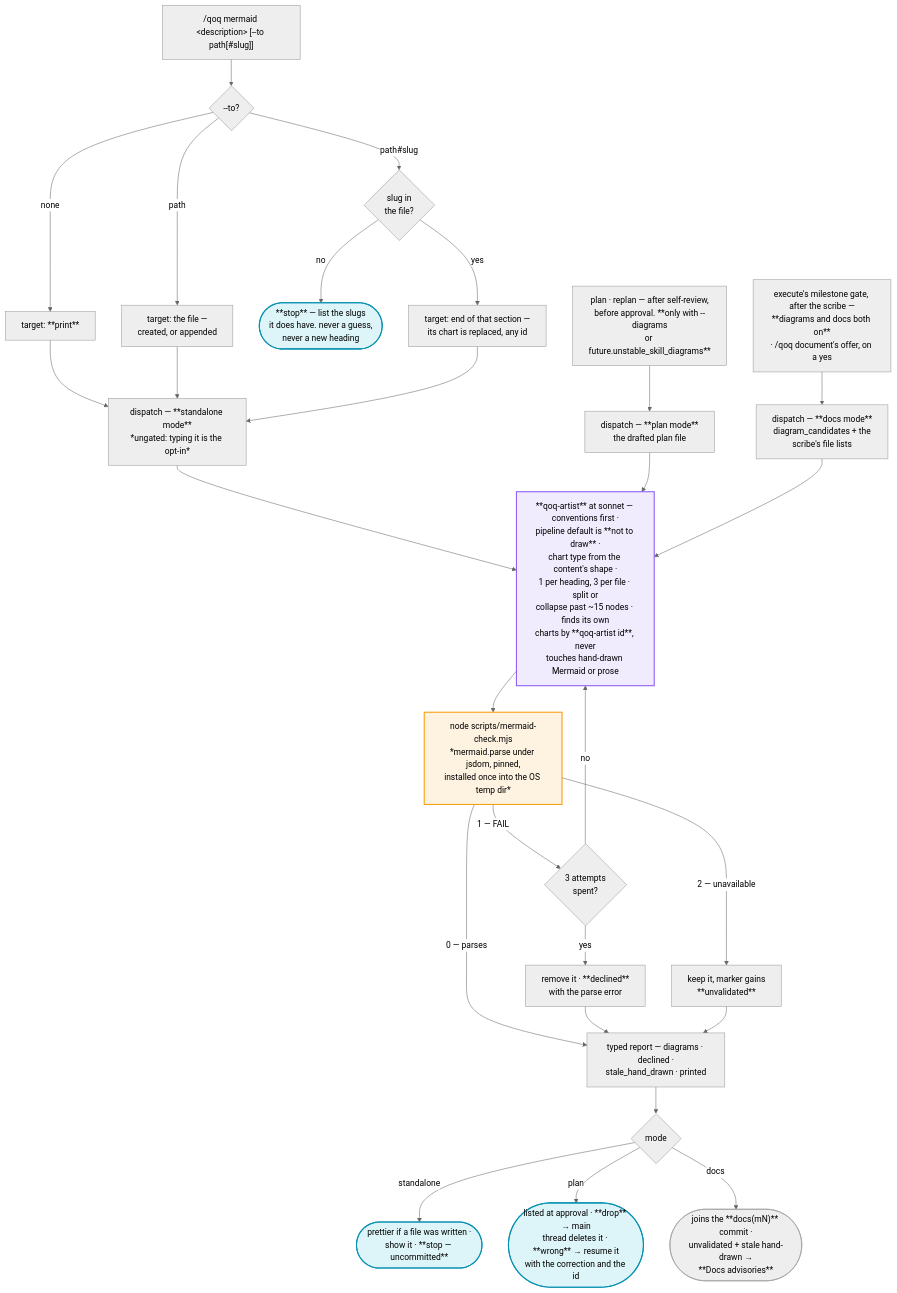
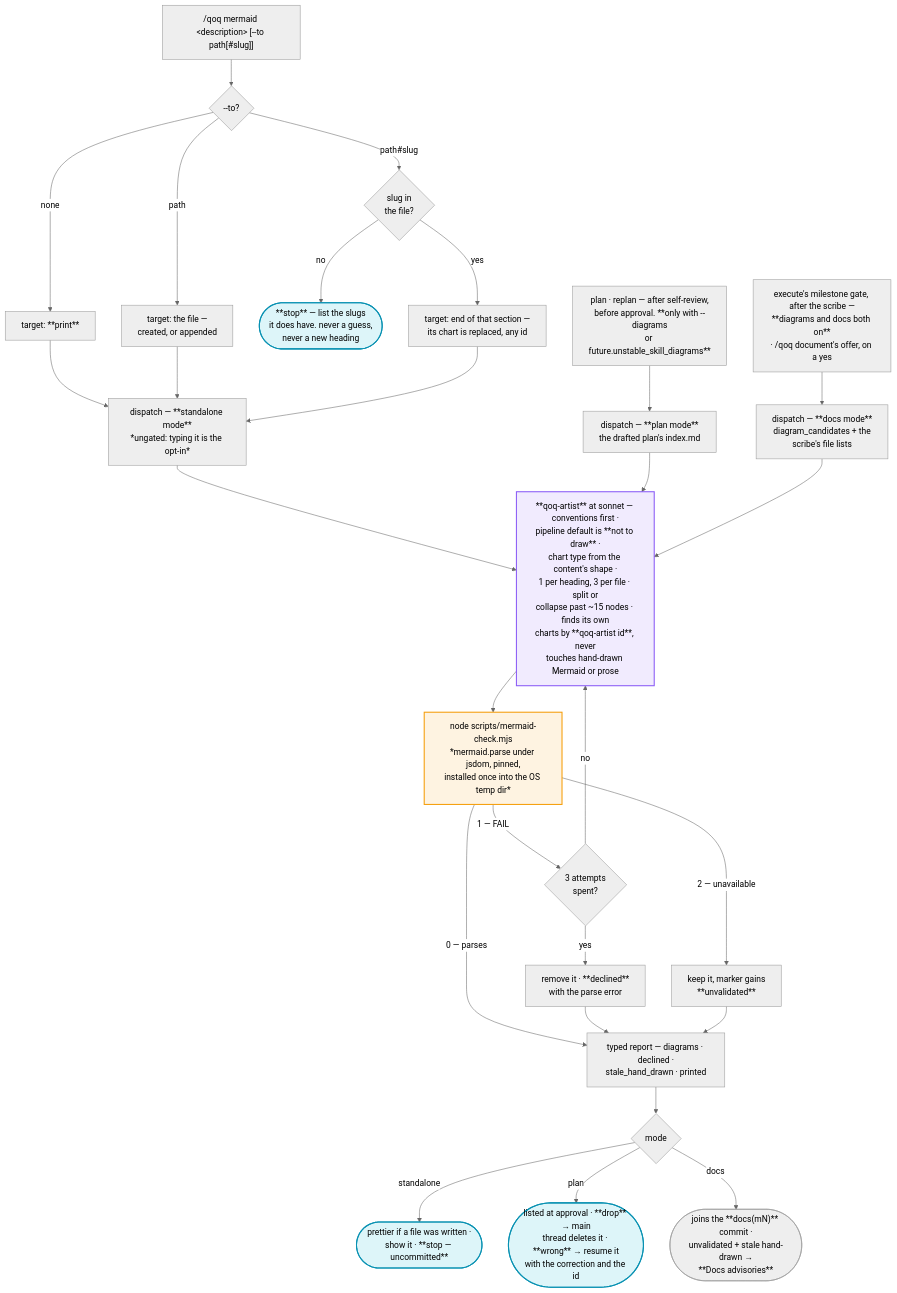
One commit to ladamczyk-it/qoq changed diagram 12 of 14 in docs/qoq-workflows.md. Above: the diagram before and after it, drawn with Mermaid (neutral theme). The commit also changed other lines of this file and 26 other files, not shown here.

````diff
--- a/docs/qoq-workflows.md
+++ b/docs/qoq-workflows.md
@@ -762,42 +764,42 @@
 ```mermaid
 flowchart TD
     MQ["/qoq mermaid &lt;description&gt; [--to path[#slug]]"] --> MTO{"--to?"}
     MTO -->|none| MPRINT["target: **print**"]
     MTO -->|path| MPATH["target: the file —<br/>created, or appended"]
     MTO -->|"path#slug"| MSLUG{"slug in<br/>the file?"}
     MSLUG -->|no| MSTOP(["**stop** — list the slugs<br/>it does have. never a guess,<br/>never a new heading"])
     MSLUG -->|yes| MSEC["target: end of that section —<br/>its chart is replaced, any id"]
     MPRINT --> MDISP
     MPATH --> MDISP
     MSEC --> MDISP["dispatch — **standalone mode**<br/>*ungated: typing it is the opt-in*"]
 
-    MPLAN["plan · replan — after self-review,<br/>before approval. **only with --diagrams<br/>or future.unstable_skill_diagrams**"] --> MPD["dispatch — **plan mode**<br/>the drafted plan file"]
+    MPLAN["plan · replan — after self-review,<br/>before approval. **only with --diagrams<br/>or future.unstable_skill_diagrams**"] --> MPD["dispatch — **plan mode**<br/>the drafted plan's index.md"]
     MEXEC["execute's milestone gate, after the scribe —<br/>**diagrams and docs both on**<br/>· /qoq document's offer, on a yes"] --> MDD["dispatch — **docs mode**<br/>diagram_candidates + the<br/>scribe's file lists"]
 
     MDISP --> MART
     MPD --> MART
     MDD --> MART
 
     MART["**qoq-artist** at sonnet — conventions first ·<br/>pipeline default is **not to draw** ·<br/>chart type from the content's shape ·<br/>1 per heading, 3 per file · split or<br/>collapse past ~15 nodes · finds its own<br/>charts by **qoq-artist id**, never<br/>touches hand-drawn Mermaid or prose"]
     MART --> MCHECK["node scripts/mermaid-check.mjs<br/>*mermaid.parse under jsdom, pinned,<br/>installed once into the OS temp dir*"]
     MCHECK -->|"1 — FAIL"| MFIX{"3 attempts<br/>spent?"}
     MFIX -->|no| MART
     MFIX -->|yes| MDECL["remove it · **declined**<br/>with the parse error"]
     MCHECK -->|"2 — unavailable"| MUNV["keep it, marker gains<br/>**unvalidated**"]
     MCHECK -->|"0 — parses"| MRET
     MDECL --> MRET
     MUNV --> MRET["typed report — diagrams · declined ·<br/>stale_hand_drawn · printed"]
 
     MRET --> MMODE{"mode"}
     MMODE -->|standalone| MSHOW(["prettier if a file was written ·<br/>show it · **stop — uncommitted**"])
     MMODE -->|plan| MAPPR(["listed at approval · **drop** → main<br/>thread deletes it · **wrong** → resume it<br/>with the correction and the id"])
     MMODE -->|docs| MDOCS(["joins the **docs(mN)** commit ·<br/>unvalidated + stale hand-drawn →<br/>**Docs advisories**"])
 
     classDef agent fill:#8b5cf61f,stroke:#8b5cf6,stroke-width:2px
     classDef user fill:#06b6d422,stroke:#0891b2,stroke-width:2px
     classDef note fill:#f59e0b1f,stroke:#f59e0b,stroke-width:2px
 
     class MART agent
     class MSTOP,MAPPR,MSHOW user
     class MCHECK note
 ```
````
